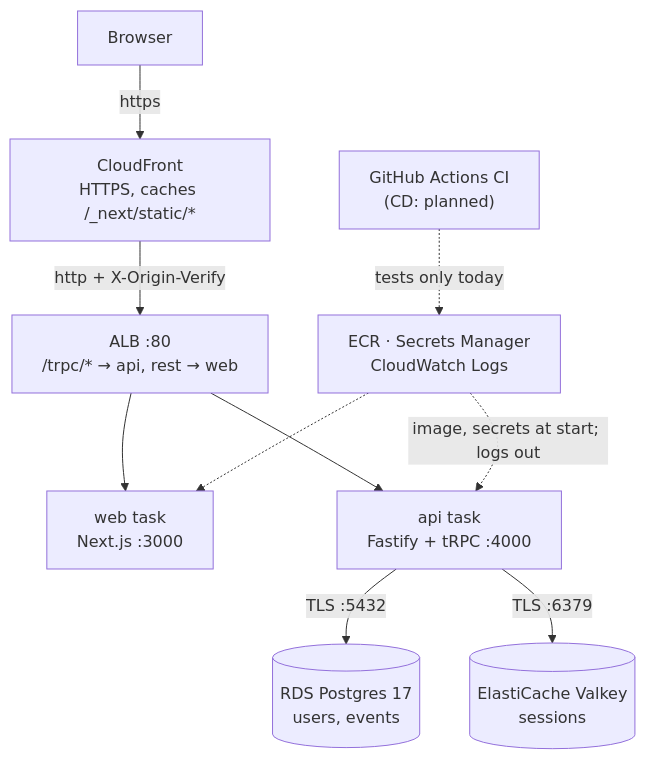
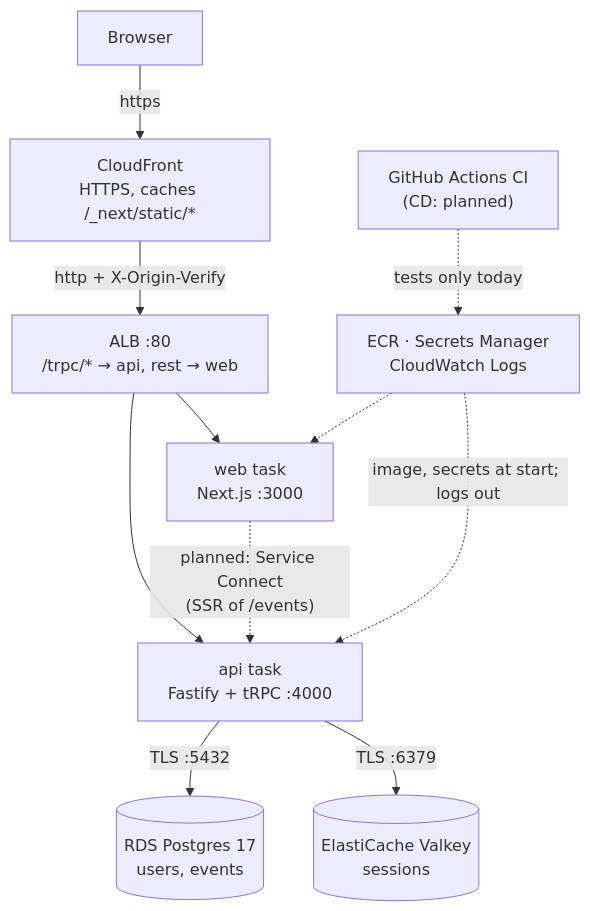
One commit to maheshnd/minitickets changed the first of 5 diagrams in docs/handbook/00-big-picture.md. Above: the diagram before and after it, drawn with Mermaid. The commit also changed other lines of this file and 35 other files, not shown here.

Commit message:
feat(events): render /events on the server with streaming, CSR vs SSR measured

````diff
--- a/docs/handbook/00-big-picture.md
+++ b/docs/handbook/00-big-picture.md
@@ -14,21 +14,22 @@
 ```mermaid
 flowchart TB
     browser["Browser"]
     cf["CloudFront<br/>HTTPS, caches /_next/static/*"]
     alb["ALB :80<br/>/trpc/* → api, rest → web"]
     web["web task<br/>Next.js :3000"]
     api["api task<br/>Fastify + tRPC :4000"]
     rds[("RDS Postgres 17<br/>users, events")]
     valkey[("ElastiCache Valkey<br/>sessions")]
     aws["ECR · Secrets Manager<br/>CloudWatch Logs"]
     ci["GitHub Actions CI<br/>(CD: planned)"]
     browser -->|"https"| cf
     cf -->|"http + X-Origin-Verify"| alb
     alb --> web
     alb --> api
+    web -.->|"planned: Service Connect<br/>(SSR of /events)"| api
     api -->|"TLS :5432"| rds
     api -->|"TLS :6379"| valkey
     aws -.->|"image, secrets at start; logs out"| api
     aws -.-> web
     ci -.->|"tests only today"| aws
 ```
````
